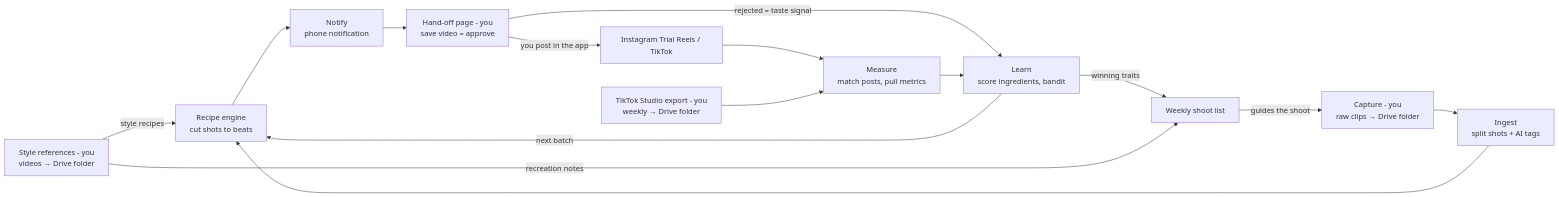
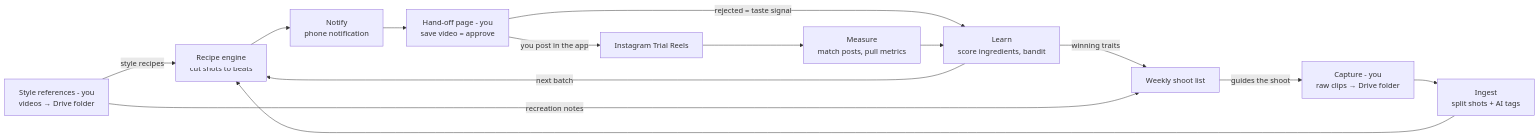
The diagram in README.md (wesolmsted/auto-content), drawn with Mermaid before and after one commit. The commit also changed other lines of this file and 46 other files, not shown here.

First line of the commit message:
Reduce scope to Instagram Trial Reels only; remove TikTok

````diff
--- a/README.md
+++ b/README.md
@@ -44,17 +44,16 @@
 ```mermaid
 flowchart LR
     R[Style references - you<br/>videos → Drive folder] -->|style recipes| E
     C[Capture - you<br/>raw clips → Drive folder] --> I[Ingest<br/>split shots + AI tags]
     I --> E[Recipe engine<br/>cut shots to beats]
     E --> N[Notify<br/>phone notification]
     N --> H[Hand-off page - you<br/>save video = approve]
-    H -->|you post in the app| P[Instagram Trial Reels / TikTok]
+    H -->|you post in the app| P[Instagram Trial Reels]
     H -->|rejected = taste signal| L
     P --> M[Measure<br/>match posts, pull metrics]
-    X[TikTok Studio export - you<br/>weekly → Drive folder] --> M
     M --> L[Learn<br/>score ingredients, bandit]
     L -->|next batch| E
     L -->|winning traits| S[Weekly shoot list]
     R -->|recreation notes| S
     S -->|guides the shoot| C
 ```
````
